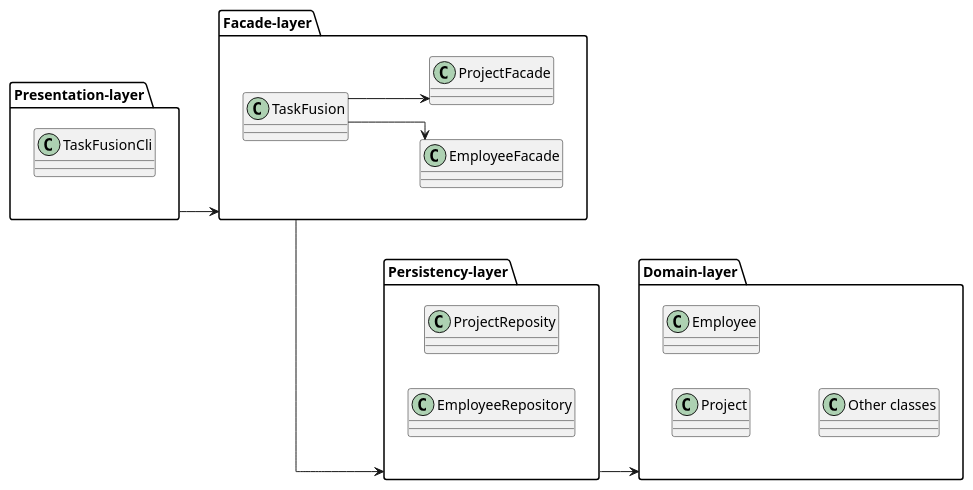
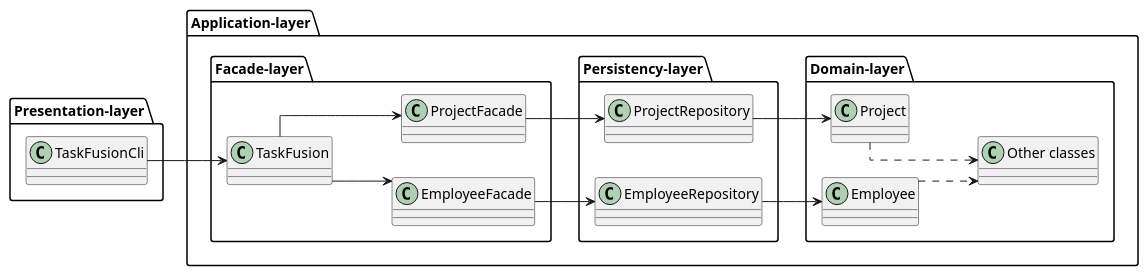
Before and after one commit to rwiuff/02161ExamProject: the diagram in TaskFusion/assets/diagrams/class_persistency_layer.puml, drawn with PlantUML. The commit also changed 2 other files, not shown here.

Commit message:
update diagrams

```diff
--- a/TaskFusion/assets/diagrams/class_persistency_layer.puml
+++ b/TaskFusion/assets/diagrams/class_persistency_layer.puml
@@ -1,36 +1,50 @@
 @startuml ClassDiagram
 left to right direction
 skinparam linetype ortho
 
 
 package "Presentation-layer" as PresentationLayer {
 
     class TaskFusionCli
 }
 
-package "Facade-layer" as FacadeLayer {
-    class TaskFusion 
-    class EmployeeFacade
-    class ProjectFacade 
-    TaskFusion --> EmployeeFacade 
-    TaskFusion --> ProjectFacade
+package "Application-layer" {
+    
+
+
+    package "Facade-layer" as FacadeLayer {
+        class TaskFusion 
+        class EmployeeFacade
+        class ProjectFacade 
+        TaskFusion --> EmployeeFacade 
+        TaskFusion --> ProjectFacade
+    }
+
+
+    package "Persistency-layer" as PersistencyLayer {
+        class ProjectRepository
+        class EmployeeRepository
+    }
+
+    package "Domain-layer" as DomainLayer {
+        class Project 
+        class Employee
+        class "Other classes" as other
+    }
 }
 
+TaskFusionCli --> TaskFusion 
+EmployeeFacade --> EmployeeRepository
+EmployeeRepository --> Employee
+ProjectFacade --> ProjectRepository
+ProjectRepository --> Project
 
-package "Persistency-layer" as PersistencyLayer {
-    class ProjectReposity
-    class EmployeeRepository
-}
+Employee ..> other
+Project ..> other
 
-package "Domain-layer" as DomainLayer {
-    class Project 
-    class Employee
-    class "Other classes"
-}
-
-PresentationLayer --> FacadeLayer
-FacadeLayer --> PersistencyLayer
-PersistencyLayer --> DomainLayer
+'PresentationLayer --> FacadeLayer
+'FacadeLayer --> PersistencyLayer
+'PersistencyLayer --> DomainLayer
 
 
 @enduml
```
